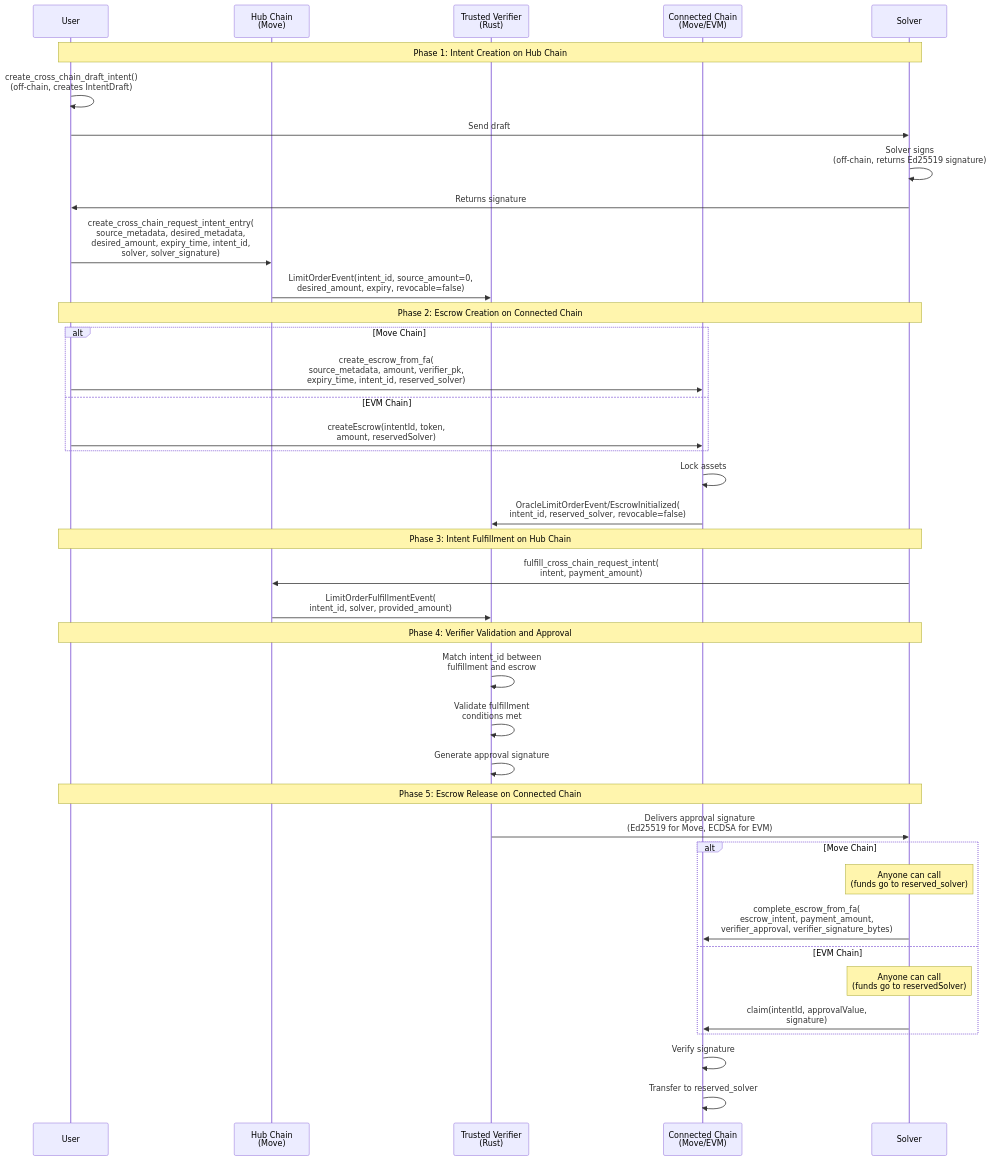
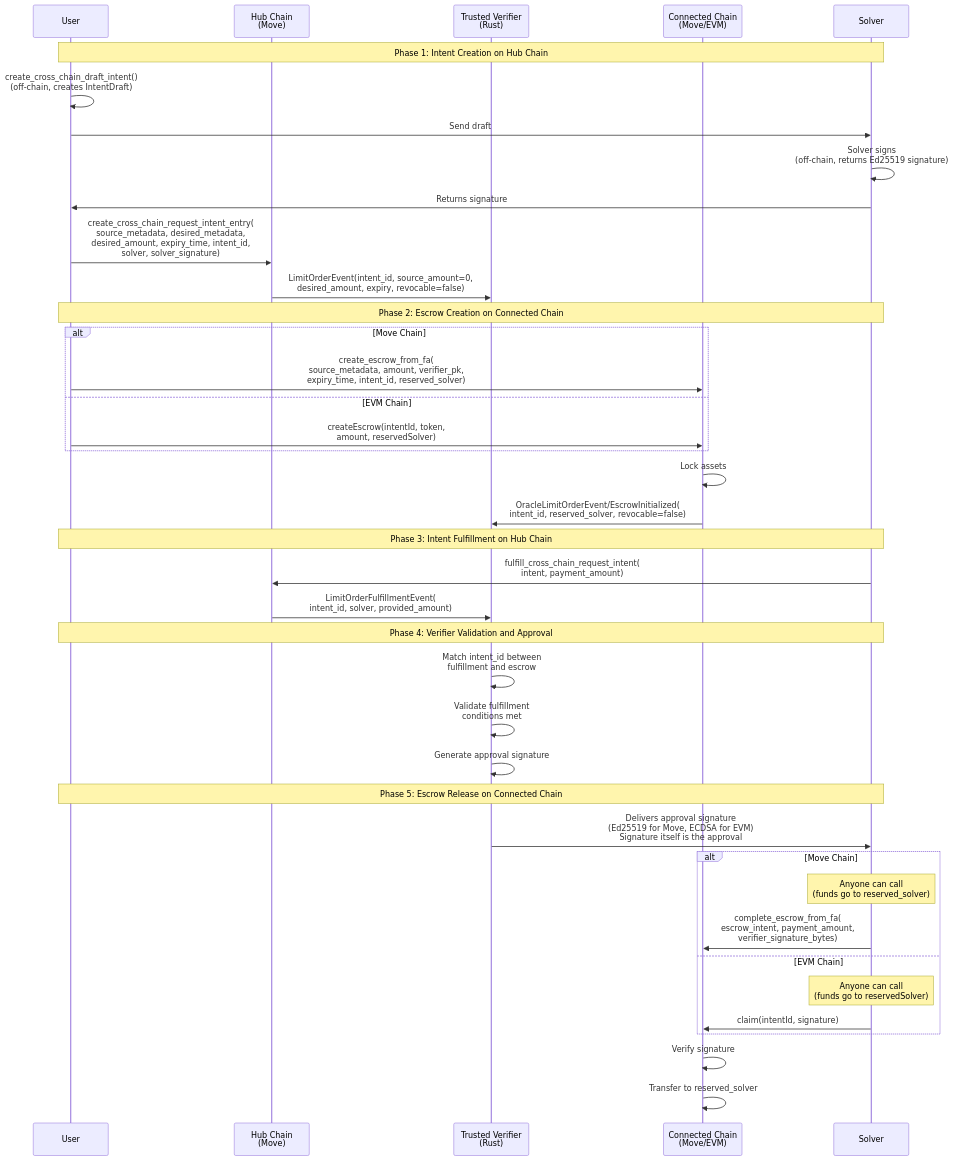
One commit to movementlabsxyz/intent-framework changed the first of 2 diagrams in docs/protocol.md. Above: the diagram before and after it, drawn with Mermaid. The commit also changed other lines of this file and 29 other files, not shown here.

First line of the commit message:
refactor: remove approval_value, signature itself is the approval

````diff
--- a/docs/protocol.md
+++ b/docs/protocol.md
@@ -29,46 +29,46 @@
 ```mermaid
 sequenceDiagram
     participant User
     participant Hub as Hub Chain<br/>(Move)
     participant Verifier as Trusted Verifier<br/>(Rust)
     participant Connected as Connected Chain<br/>(Move/EVM)
     participant Solver
 
     Note over User,Solver: Phase 1: Intent Creation on Hub Chain
     User->>User: create_cross_chain_draft_intent()<br/>(off-chain, creates IntentDraft)
     User->>Solver: Send draft
     Solver->>Solver: Solver signs<br/>(off-chain, returns Ed25519 signature)
     Solver->>User: Returns signature
     User->>Hub: create_cross_chain_request_intent_entry(<br/>source_metadata, desired_metadata,<br/>desired_amount, expiry_time, intent_id,<br/>solver, solver_signature)
     Hub->>Verifier: LimitOrderEvent(intent_id, source_amount=0,<br/>desired_amount, expiry, revocable=false)
 
     Note over User,Solver: Phase 2: Escrow Creation on Connected Chain
     alt Move Chain
         User->>Connected: create_escrow_from_fa(<br/>source_metadata, amount, verifier_pk,<br/>expiry_time, intent_id, reserved_solver)
     else EVM Chain
         User->>Connected: createEscrow(intentId, token,<br/>amount, reservedSolver)
     end
     Connected->>Connected: Lock assets
     Connected->>Verifier: OracleLimitOrderEvent/EscrowInitialized(<br/>intent_id, reserved_solver, revocable=false)
 
     Note over User,Solver: Phase 3: Intent Fulfillment on Hub Chain
     Solver->>Hub: fulfill_cross_chain_request_intent(<br/>intent, payment_amount)
     Hub->>Verifier: LimitOrderFulfillmentEvent(<br/>intent_id, solver, provided_amount)
 
     Note over User,Solver: Phase 4: Verifier Validation and Approval
     Verifier->>Verifier: Match intent_id between<br/>fulfillment and escrow
     Verifier->>Verifier: Validate fulfillment<br/>conditions met
     Verifier->>Verifier: Generate approval signature
 
     Note over User,Solver: Phase 5: Escrow Release on Connected Chain
-    Verifier->>Solver: Delivers approval signature<br/>(Ed25519 for Move, ECDSA for EVM)
+    Verifier->>Solver: Delivers approval signature<br/>(Ed25519 for Move, ECDSA for EVM)<br/>Signature itself is the approval
     alt Move Chain
         Note over Solver: Anyone can call<br/>(funds go to reserved_solver)
-        Solver->>Connected: complete_escrow_from_fa(<br/>escrow_intent, payment_amount,<br/>verifier_approval, verifier_signature_bytes)
+        Solver->>Connected: complete_escrow_from_fa(<br/>escrow_intent, payment_amount,<br/>verifier_signature_bytes)
     else EVM Chain
         Note over Solver: Anyone can call<br/>(funds go to reservedSolver)
-        Solver->>Connected: claim(intentId, approvalValue,<br/>signature)
+        Solver->>Connected: claim(intentId, signature)
     end
     Connected->>Connected: Verify signature
     Connected->>Connected: Transfer to reserved_solver
 ```
````
